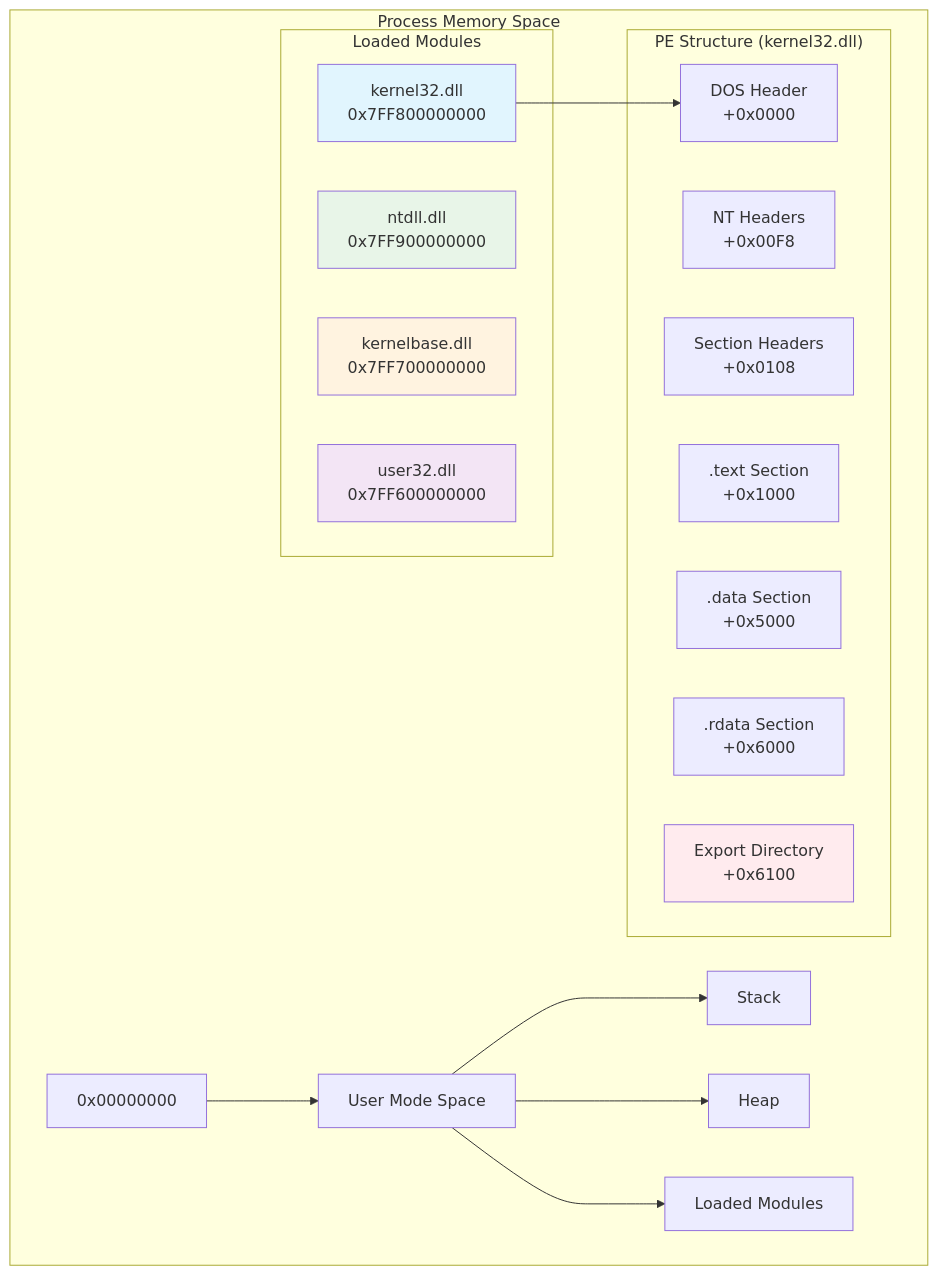
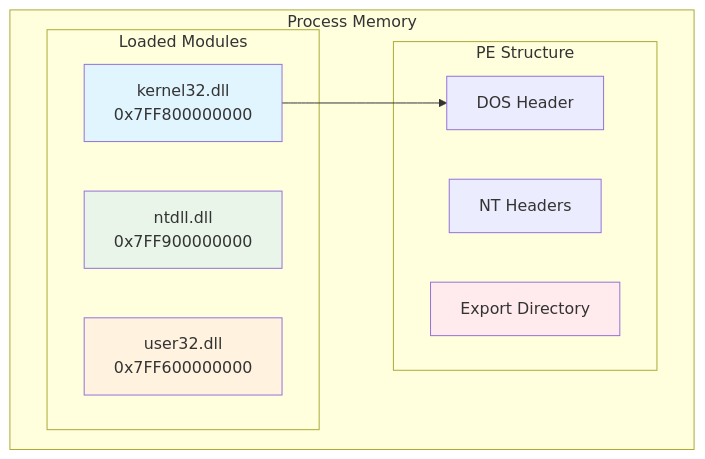
One commit to usuiWind/Windows-Import-Resolver changed the sixth of 11 diagrams in diagrams.md. Above: the diagram before and after it, drawn with Mermaid. The commit also changed other lines of this file, not shown here.

````diff
--- a/diagrams.md
+++ b/diagrams.md
@@ -178,34 +129,23 @@
 ```mermaid
 graph TB
-    subgraph "Process Memory Space"
-        A[0x00000000] --> B[User Mode Space]
-        B --> C[Stack]
-        B --> D[Heap]
-        B --> E[Loaded Modules]
-        
-        subgraph "Loaded Modules"
-            E1[ntdll.dll<br/>0x7FF900000000]
-            E2[kernel32.dll<br/>0x7FF800000000]
-            E3[kernelbase.dll<br/>0x7FF700000000]
-            E4[user32.dll<br/>0x7FF600000000]
+    subgraph Process["Process Memory"]
+        subgraph Modules["Loaded Modules"]
+            A[ntdll.dll<br/>0x7FF900000000]
+            B[kernel32.dll<br/>0x7FF800000000]
+            C[user32.dll<br/>0x7FF600000000]
         end
         
-        subgraph "PE Structure (kernel32.dll)"
-            F[DOS Header<br/>+0x0000]
-            G[NT Headers<br/>+0x00F8]
-            H[Section Headers<br/>+0x0108]
-            I[.text Section<br/>+0x1000]
-            J[.data Section<br/>+0x5000]
-            K[.rdata Section<br/>+0x6000]
-            L[Export Directory<br/>+0x6100]
+        subgraph PE["PE Structure"]
+            D[DOS Header]
+            E[NT Headers]
+            F[Export Directory]
         end
-        
-        E2 --> F
     end
     
-    style E1 fill:#e8f5e8
-    style E2 fill:#e1f5fe
-    style E3 fill:#fff3e0
-    style E4 fill:#f3e5f5
-    style L fill:#ffebee
+    B --> D
+    
+    style A fill:#e8f5e8
+    style B fill:#e1f5fe
+    style C fill:#fff3e0
+    style F fill:#ffebee
 ```
````
